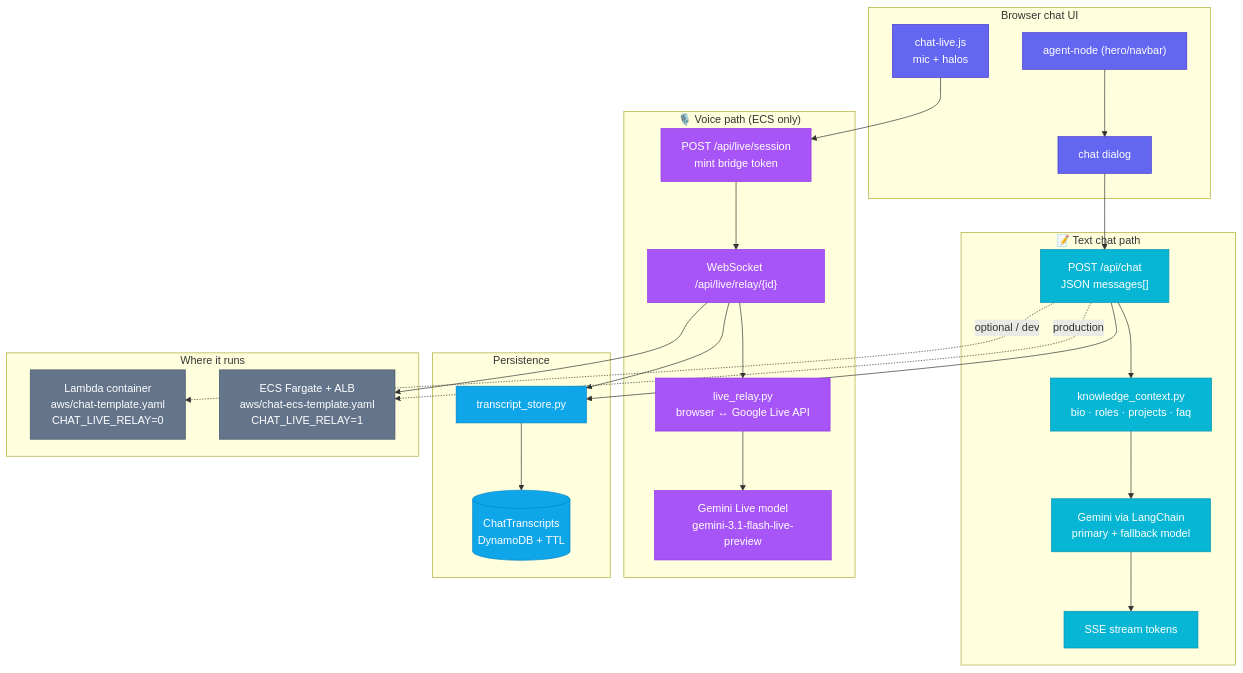
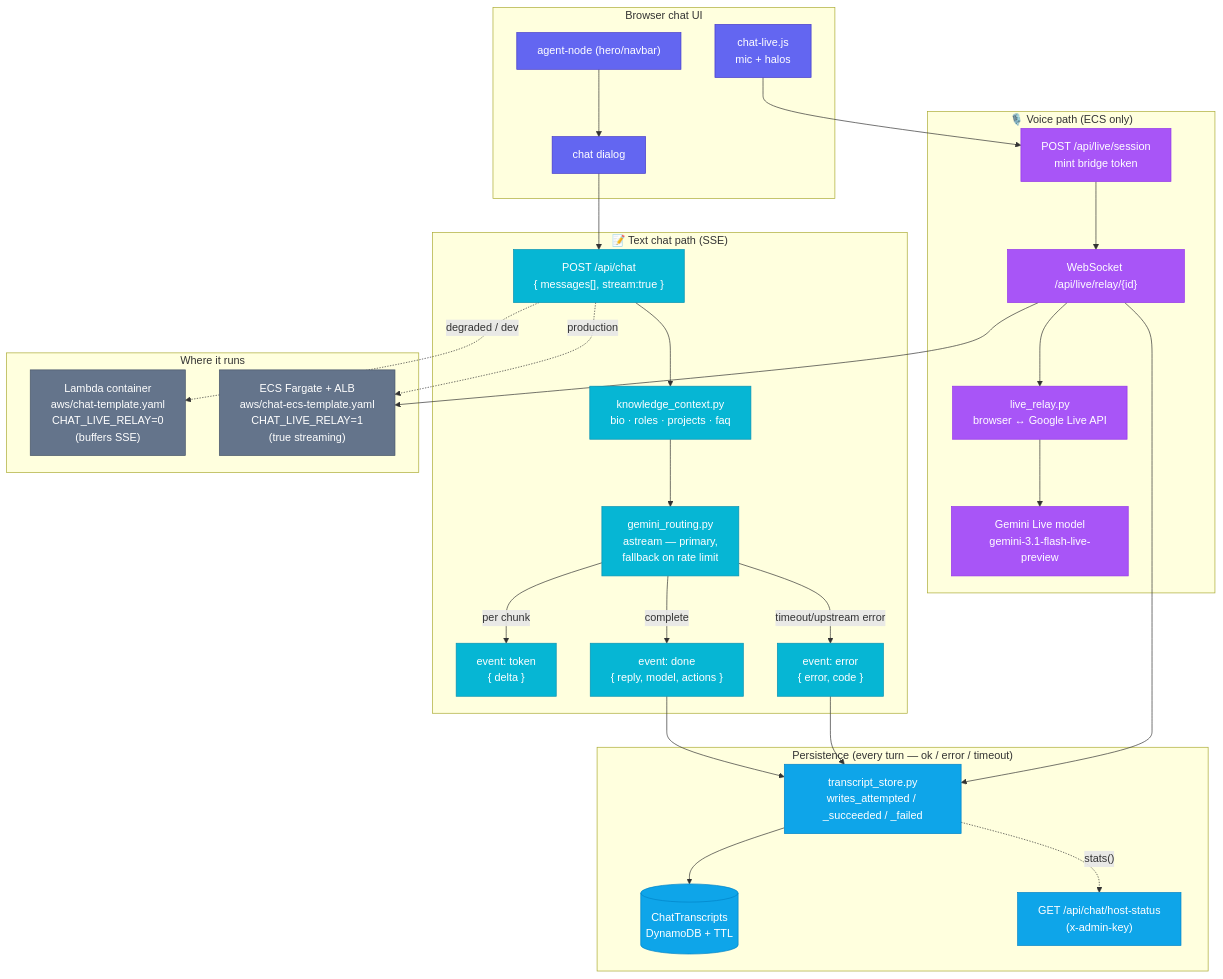
One commit to geda0/gvp changed the fifth of 7 diagrams in docs/architecture.md. Above: the diagram before and after it, drawn with Mermaid. The commit also changed other lines of this file and 2 other files, not shown here.

````diff
--- a/docs/architecture.md
+++ b/docs/architecture.md
@@ -316,58 +352,66 @@
 ```mermaid
 flowchart TB
     subgraph FE["Browser chat UI"]
         HERO["agent-node (hero/navbar)"]
         DIALOG["chat dialog"]
         VOICE["chat-live.js<br/>mic + halos"]
     end
 
-    subgraph TextPath["📝 Text chat path"]
-        POST["POST /api/chat<br/>JSON messages[]"]
-        SSE["SSE stream tokens"]
+    subgraph TextPath["📝 Text chat path (SSE)"]
+        POST["POST /api/chat<br/>{ messages[], stream:true }"]
+        ROUTE["gemini_routing.py<br/>astream — primary,<br/>fallback on rate limit"]
         KC["knowledge_context.py<br/>bio · roles · projects · faq"]
-        LLM["Gemini via LangChain<br/>primary + fallback model"]
+        EV_TOK["event: token<br/>{ delta }"]
+        EV_DONE["event: done<br/>{ reply, model, actions }"]
+        EV_ERR["event: error<br/>{ error, code }"]
     end
 
     subgraph VoicePath["🎙️ Voice path (ECS only)"]
         SESS["POST /api/live/session<br/>mint bridge token"]
         WS["WebSocket /api/live/relay/{id}"]
         RELAY["live_relay.py<br/>browser ↔ Google Live API"]
         LIVE["Gemini Live model<br/>gemini-3.1-flash-live-preview"]
     end
 
-    subgraph Store["Persistence"]
-        TS["transcript_store.py"]
+    subgraph Store["Persistence (every turn — ok / error / timeout)"]
+        TS["transcript_store.py<br/>writes_attempted / _succeeded / _failed"]
         TBL[("ChatTranscripts<br/>DynamoDB + TTL")]
+        HOST["GET /api/chat/host-status<br/>(x-admin-key)"]
     end
 
     HERO --> DIALOG
     DIALOG --> POST
     VOICE --> SESS --> WS
 
-    POST --> KC --> LLM --> SSE
+    POST --> KC --> ROUTE
+    ROUTE -->|"per chunk"| EV_TOK
+    ROUTE -->|"complete"| EV_DONE
+    ROUTE -->|"timeout/upstream error"| EV_ERR
     WS --> RELAY --> LIVE
 
-    POST --> TS --> TBL
+    EV_DONE --> TS --> TBL
+    EV_ERR --> TS
     WS --> TS
+    TS -.->|"stats()"| HOST
 
     subgraph Hosts["Where it runs"]
-        LAMBDA["Lambda container<br/>aws/chat-template.yaml<br/>CHAT_LIVE_RELAY=0"]
-        FARGATE["ECS Fargate + ALB<br/>aws/chat-ecs-template.yaml<br/>CHAT_LIVE_RELAY=1"]
+        LAMBDA["Lambda container<br/>aws/chat-template.yaml<br/>CHAT_LIVE_RELAY=0<br/>(buffers SSE)"]
+        FARGATE["ECS Fargate + ALB<br/>aws/chat-ecs-template.yaml<br/>CHAT_LIVE_RELAY=1<br/>(true streaming)"]
     end
 
     POST -.->|"production"| FARGATE
     WS --> FARGATE
-    POST -.->|"optional / dev"| LAMBDA
+    POST -.->|"degraded / dev"| LAMBDA
 
     classDef fe fill:#6366F1,stroke:#4338CA,color:#fff
     classDef text fill:#06B6D4,stroke:#0891B2,color:#fff
     classDef voice fill:#A855F7,stroke:#9333EA,color:#fff
     classDef store fill:#0EA5E9,stroke:#0284C7,color:#fff
     classDef host fill:#64748B,stroke:#475569,color:#fff
 
     class HERO,DIALOG,VOICE fe
-    class POST,SSE,KC,LLM text
+    class POST,ROUTE,KC,EV_TOK,EV_DONE,EV_ERR text
     class SESS,WS,RELAY,LIVE voice
-    class TS,TBL store
+    class TS,TBL,HOST store
     class LAMBDA,FARGATE host
 ```
````
